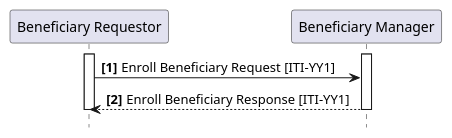
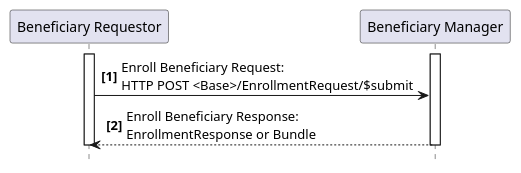
The diagram in input/images-source/ITI-YY1-seq.plantuml (IHE/ITI.Finance), drawn with PlantUML before and after one commit. The commit also changed 23 other files, not shown here.

```diff
--- a/input/images-source/ITI-YY1-seq.plantuml
+++ b/input/images-source/ITI-YY1-seq.plantuml
@@ -1,13 +1,13 @@
 @startuml
 skinparam svgDimensionStyle false
 hide footbox
 autonumber "<b>[0]"
 participant "Beneficiary Requestor" as Req
 participant "Beneficiary Manager" as Man
 activate Req
 activate Man
-Req -> Man : Enroll Beneficiary Request [ITI-YY1]
-Man --> Req : Enroll Beneficiary Response [ITI-YY1]
+Req -> Man : Enroll Beneficiary Request:\nHTTP POST <Base>/EnrollmentRequest/$submit
+Man --> Req : Enroll Beneficiary Response:\nEnrollmentResponse or Bundle
 deactivate Man
 deactivate Req
 @enduml
```
